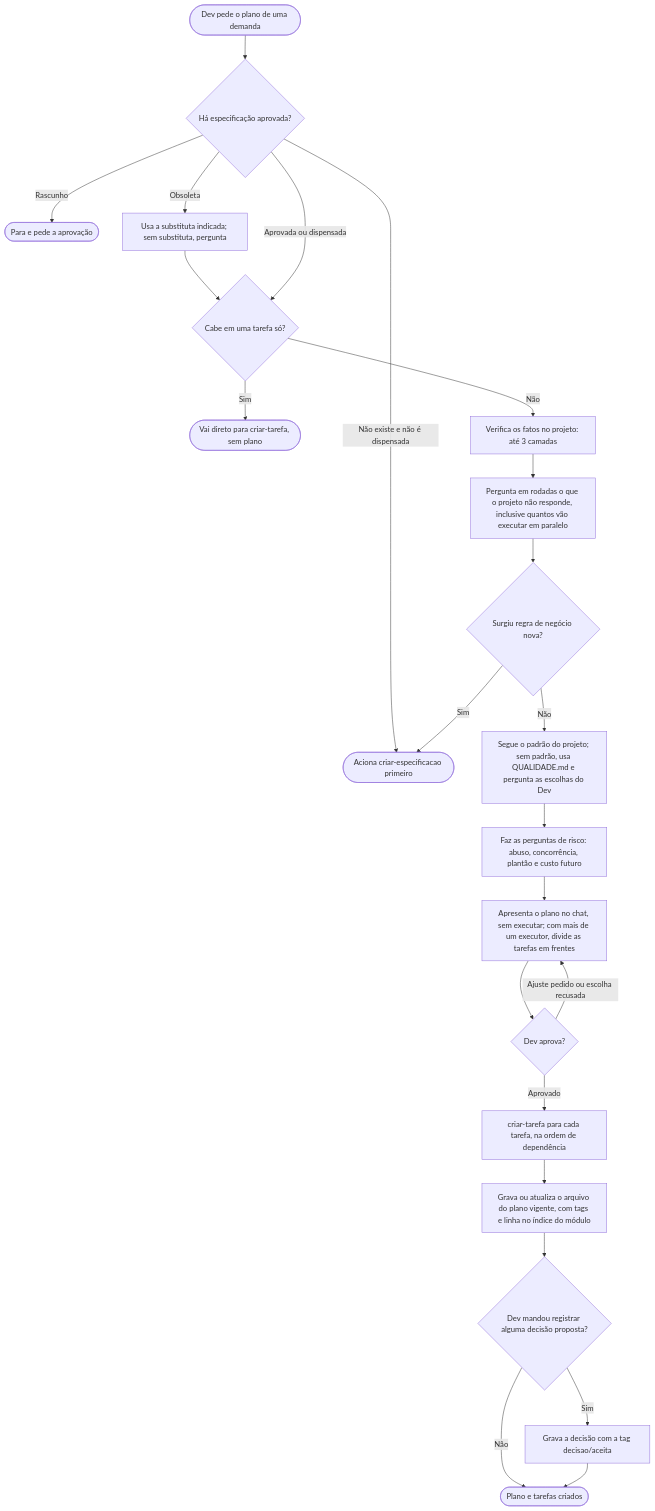
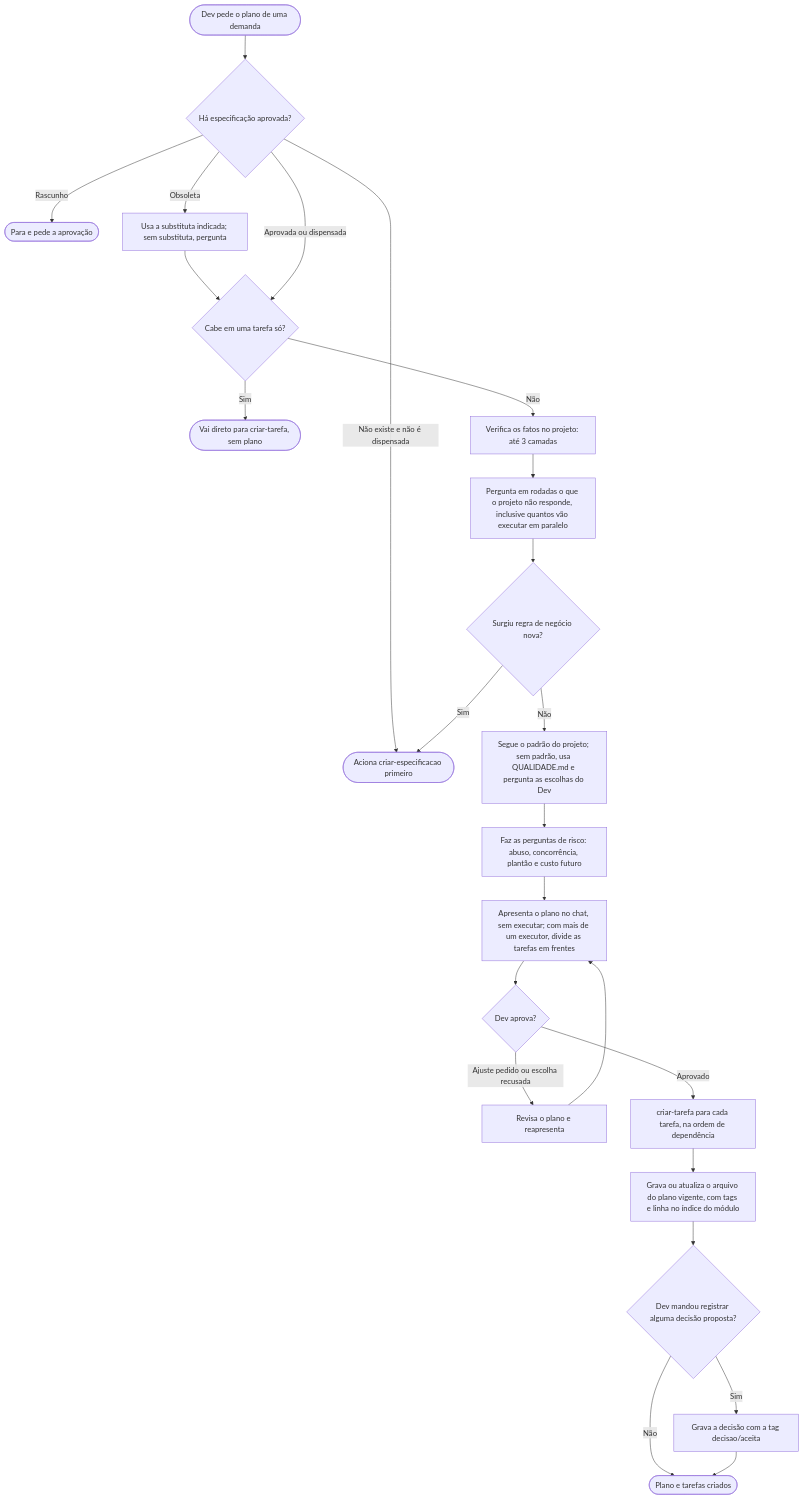
One commit to Fabricio-S-Martins/plugin-arquitetura-e-qualidade changed the diagram in docs/guias/CRIAR-PLANO.md. Above: the diagram before and after it, drawn with Mermaid. The commit also changed 3 other files, not shown here.

Commit message:
fix: laço de ajuste nos fluxogramas dos guias CRIAR-PLANO e CRIAR-ESPECIFICACAO sai da decisão para um passo de revisão; DIAGRAMAS.md ganha a regra do laço de volta; plugin sobe para 0.45.2

````diff
--- a/docs/guias/CRIAR-PLANO.md
+++ b/docs/guias/CRIAR-PLANO.md
@@ -52,25 +52,26 @@
 ```mermaid
 flowchart TD
   A(["Dev pede o plano de uma demanda"]) --> D{"Há especificação aprovada?"}
   D -- "Rascunho" --> E(["Para e pede a aprovação"])
   D -- "Obsoleta" --> D2["Usa a substituta indicada; sem substituta, pergunta"]
   D2 --> B
   D -- "Não existe e não é dispensada" --> F(["Aciona criar-especificacao primeiro"])
   D -- "Aprovada ou dispensada" --> B{"Cabe em uma tarefa só?"}
   B -- "Sim" --> C(["Vai direto para criar-tarefa, sem plano"])
   B -- "Não" --> G["Verifica os fatos no projeto: até 3 camadas"]
   G --> H["Pergunta em rodadas o que o projeto não responde, inclusive quantos vão executar em paralelo"]
   H --> H2{"Surgiu regra de negócio nova?"}
   H2 -- "Sim" --> F
   H2 -- "Não" --> I["Segue o padrão do projeto; sem padrão, usa QUALIDADE.md e pergunta as escolhas do Dev"]
   I --> J["Faz as perguntas de risco: abuso, concorrência, plantão e custo futuro"]
   J --> K["Apresenta o plano no chat, sem executar; com mais de um executor, divide as tarefas em frentes"]
   K --> L{"Dev aprova?"}
-  L -- "Ajuste pedido ou escolha recusada" --> K
+  L -- "Ajuste pedido ou escolha recusada" --> K2["Revisa o plano e reapresenta"]
+  K2 --> K
   L -- "Aprovado" --> M["criar-tarefa para cada tarefa, na ordem de dependência"]
   M --> N["Grava ou atualiza o arquivo do plano vigente, com tags e linha no índice do módulo"]
   N --> O{"Dev mandou registrar alguma decisão proposta?"}
   O -- "Sim" --> P["Grava a decisão com a tag decisao/aceita"]
   O -- "Não" --> Q(["Plano e tarefas criados"])
   P --> Q
 ```
````
